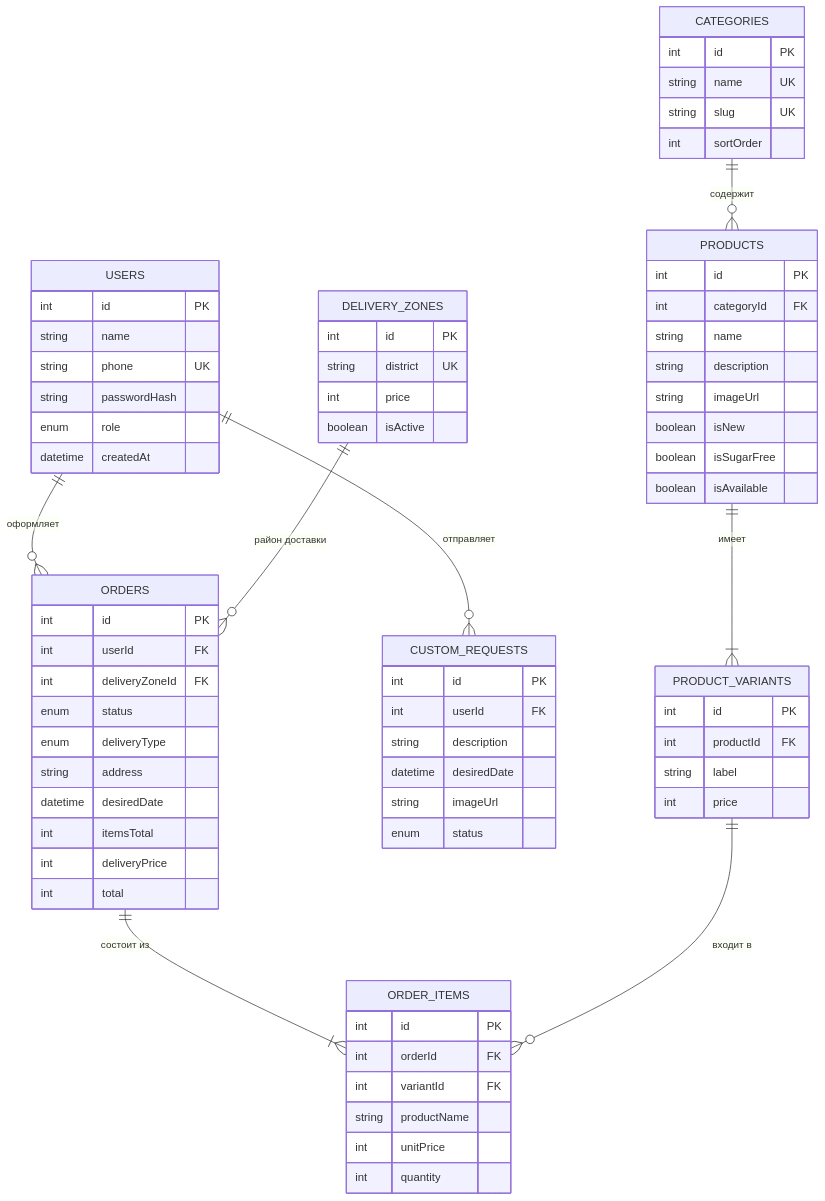
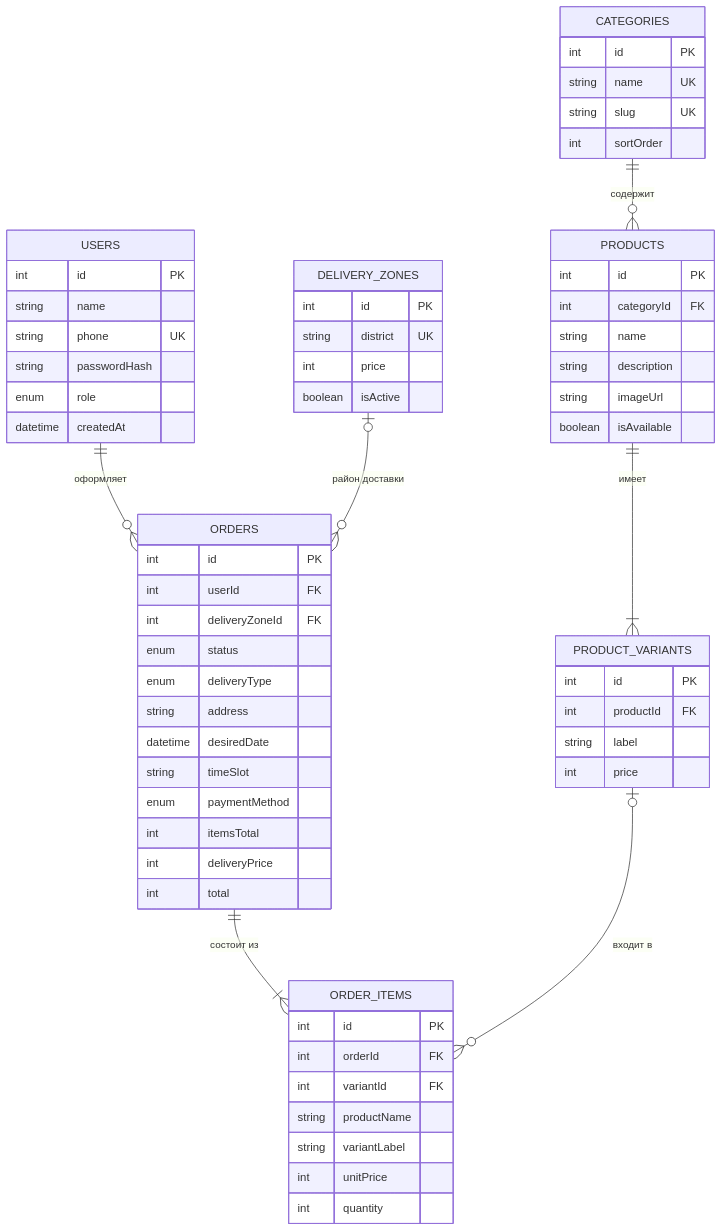
The first of 2 diagrams in architecture.md (meyrummy/quiero), drawn with Mermaid before and after one commit. The commit also changed other lines of this file and 1 other file, not shown here.

````diff
--- a/architecture.md
+++ b/architecture.md
@@ -224,75 +220,67 @@
 ```mermaid
 erDiagram
     USERS ||--o{ ORDERS : "оформляет"
-    USERS ||--o{ CUSTOM_REQUESTS : "отправляет"
     CATEGORIES ||--o{ PRODUCTS : "содержит"
     PRODUCTS ||--|{ PRODUCT_VARIANTS : "имеет"
     ORDERS ||--|{ ORDER_ITEMS : "состоит из"
-    PRODUCT_VARIANTS ||--o{ ORDER_ITEMS : "входит в"
-    DELIVERY_ZONES ||--o{ ORDERS : "район доставки"
+    PRODUCT_VARIANTS |o--o{ ORDER_ITEMS : "входит в"
+    DELIVERY_ZONES |o--o{ ORDERS : "район доставки"
 
     USERS {
         int id PK
         string name
         string phone UK
         string passwordHash
         enum role
         datetime createdAt
     }
     CATEGORIES {
         int id PK
         string name UK
         string slug UK
         int sortOrder
     }
     PRODUCTS {
         int id PK
         int categoryId FK
         string name
         string description
         string imageUrl
-        boolean isNew
-        boolean isSugarFree
         boolean isAvailable
     }
     PRODUCT_VARIANTS {
         int id PK
         int productId FK
         string label
         int price
     }
     DELIVERY_ZONES {
         int id PK
         string district UK
         int price
         boolean isActive
     }
     ORDERS {
         int id PK
         int userId FK
         int deliveryZoneId FK
         enum status
         enum deliveryType
         string address
         datetime desiredDate
+        string timeSlot
+        enum paymentMethod
         int itemsTotal
         int deliveryPrice
         int total
     }
     ORDER_ITEMS {
         int id PK
         int orderId FK
         int variantId FK
         string productName
+        string variantLabel
         int unitPrice
         int quantity
     }
-    CUSTOM_REQUESTS {
-        int id PK
-        int userId FK
-        string description
-        datetime desiredDate
-        string imageUrl
-        enum status
-    }
 ```
````
